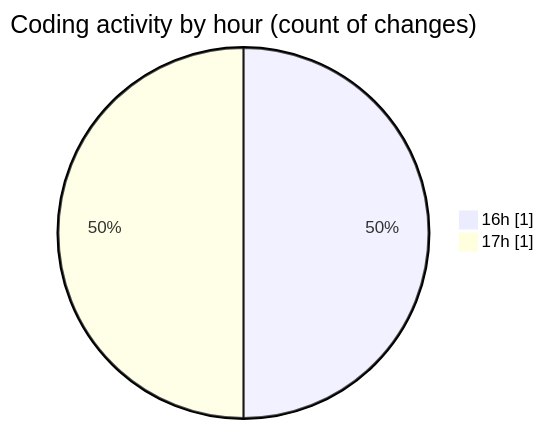
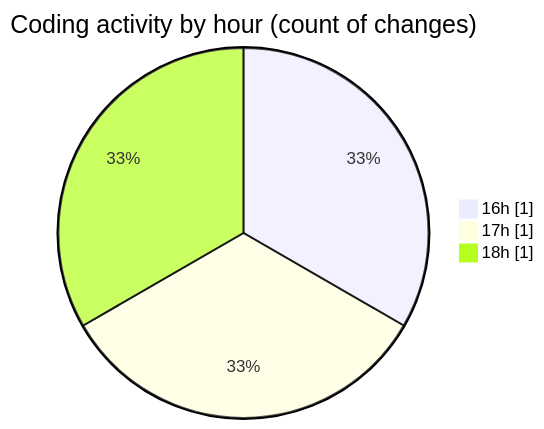
The second of 2 diagrams in 2025-01-17/nre-mbc-frontend/README.md (robertbonfada/code-tracking), drawn with Mermaid before and after one commit. The commit also changed other lines of this file and 2 other files, not shown here.

````diff
--- a/2025-01-17/nre-mbc-frontend/README.md
+++ b/2025-01-17/nre-mbc-frontend/README.md
@@ -30,6 +32,7 @@
 ```mermaid
 pie showData
 title Coding activity by hour (count of changes)
 "16h" : 1
 "17h" : 1
+"18h" : 1
 ```
````
